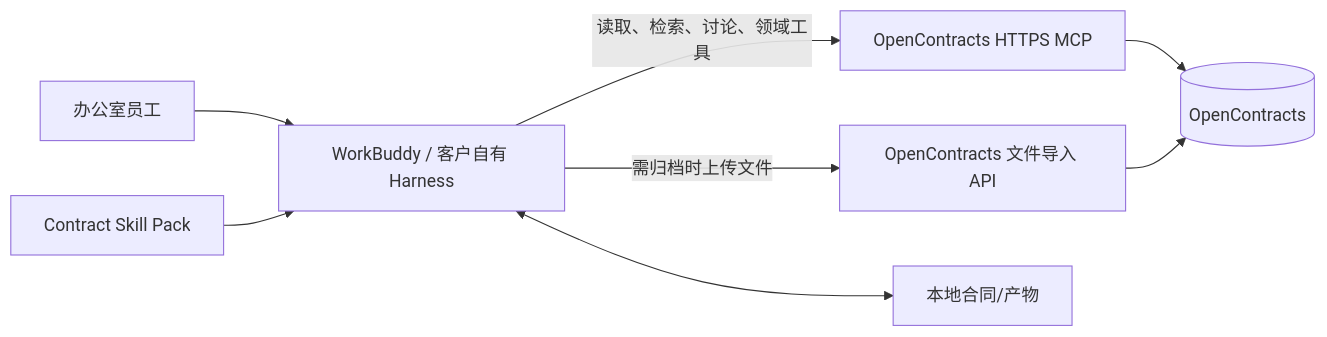
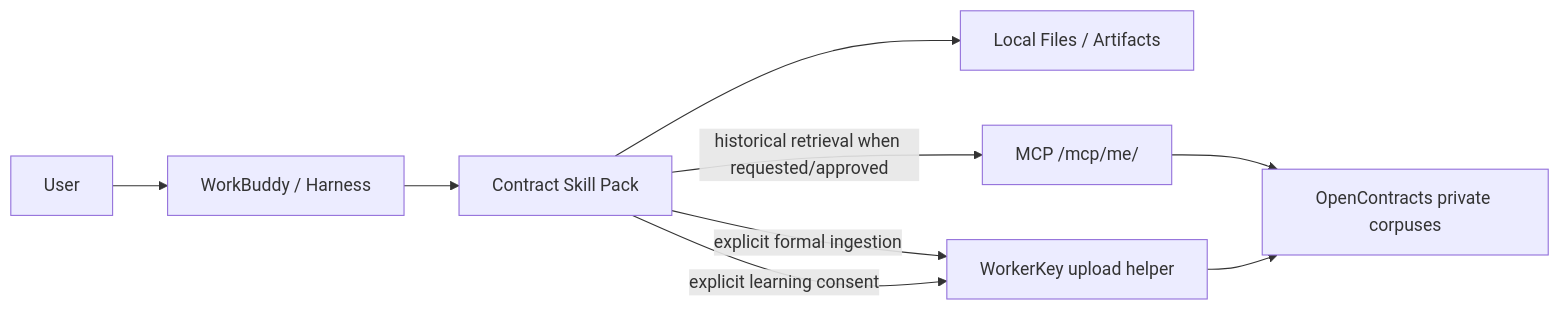
Before and after one commit to Ri0n72Y/ContractBotConfig: the diagram in docs/architecture/system-context.md, drawn with Mermaid. The commit also changed other lines of this file and 117 other files, not shown here.

````diff
--- a/docs/architecture/system-context.md
+++ b/docs/architecture/system-context.md
@@ -18,16 +9,16 @@
 ```mermaid
 flowchart LR
-    U[办公室员工]
-    H[WorkBuddy / 客户自有 Harness]
+    U[User]
+    H[WorkBuddy / Harness]
     S[Contract Skill Pack]
-    MCP[OpenContracts HTTPS MCP]
-    API[OpenContracts 文件导入 API]
-    OC[(OpenContracts)]
-    L[本地合同/产物]
+    L[Local Files / Artifacts]
+    M[MCP /mcp/me/]
+    R[OpenContracts private corpuses]
+    W[WorkerKey upload helper]
 
-    U --> H
-    S --> H
-    H -->|读取、检索、讨论、领域工具| MCP --> OC
-    H -->|需归档时上传文件| API --> OC
-    H <--> L
+    U --> H --> S
+    S --> L
+    S -->|historical retrieval when requested/approved| M --> R
+    S -->|explicit formal ingestion| W --> R
+    S -->|explicit learning consent| W
 ```
````
